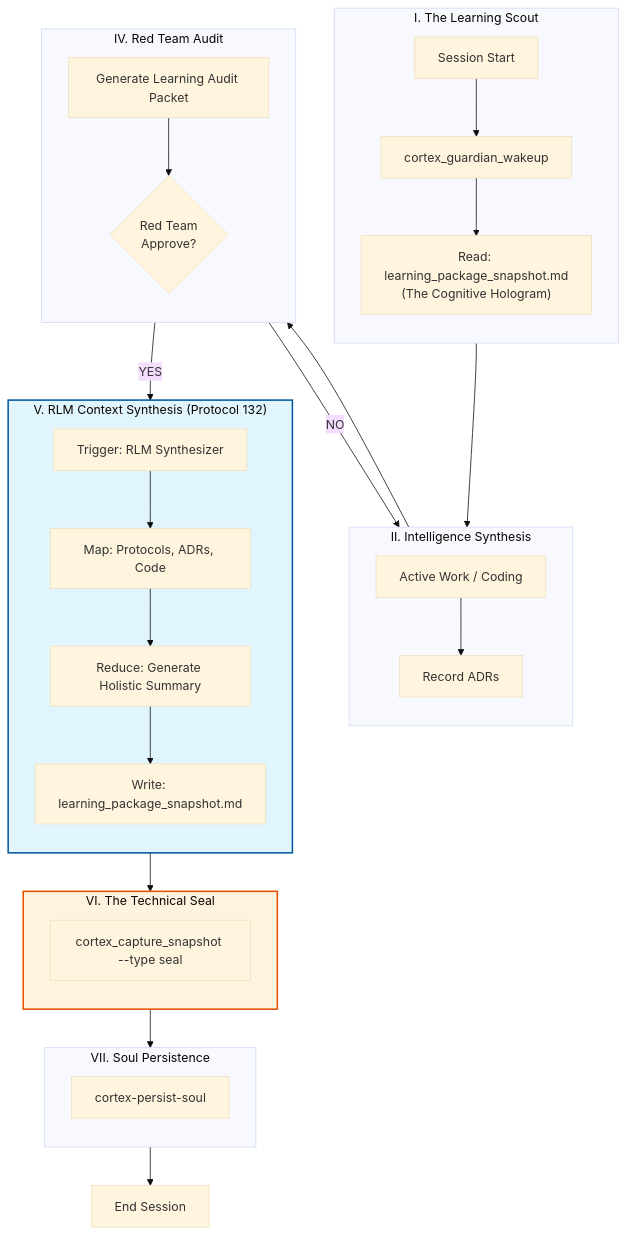
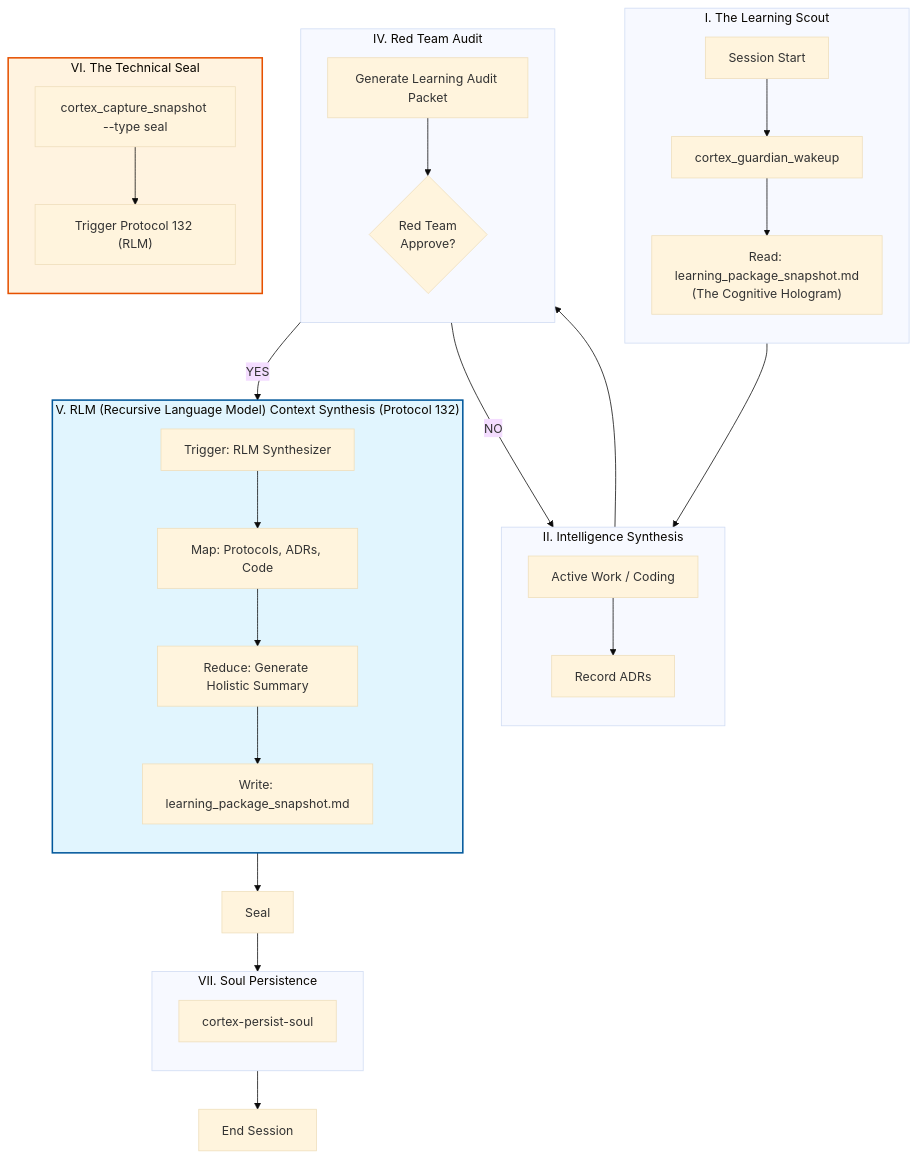
One commit to richfrem/Project_Sanctuary changed the diagram in docs/architecture_diagrams/workflows/protocol_128_learning_loop.mmd. Above: the diagram before and after it, drawn with Mermaid. The commit also changed 88 other files, not shown here.

First line of the commit message:
feat(learning): implement Protocol 132 RLM Context Synthesis (Phase 1)

```diff
--- a/docs/architecture_diagrams/workflows/protocol_128_learning_loop.mmd
+++ b/docs/architecture_diagrams/workflows/protocol_128_learning_loop.mmd
@@ -1,58 +1,60 @@
 ---
 config:
   layout: dagre
   theme: base
 ---
 
 %% Name: Protocol 128: Learning Loop (v2.0 - with RLM Synthesis)
 %% Description: Cognitive Continuity workflow: Scout → Synthesize → Audit → RLM Synthesis → Seal → Soul Persist
 %% Location: docs/architecture_diagrams/workflows/protocol_128_learning_loop.mmd
 
 flowchart TB
     subgraph subGraphScout["I. The Learning Scout"]
         direction TB
         Start["Session Start"] --> Wakeup["cortex_guardian_wakeup"]
         Wakeup --> ReadSnapshot["Read: learning_package_snapshot.md<br>(The Cognitive Hologram)"]
     end
 
     subgraph subGraphSynthesize["II. Intelligence Synthesis"]
         direction TB
         Work["Active Work / Coding"] --> ADRs["Record ADRs"]
     end
 
     subgraph subGraphAudit["IV. Red Team Audit"]
         direction TB
         AuditPacket["Generate Learning Audit Packet"] --> RedTeam{"Red Team<br>Approve?"}
     end
 
-    subgraph subGraphRLM["V. RLM Context Synthesis (Protocol 132)"]
+    subgraph subGraphRLM["V. RLM (Recursive Language Model) Context Synthesis (Protocol 132)"]
         direction TB
         TriggerRLM["Trigger: RLM Synthesizer"]
         Map["Map: Protocols, ADRs, Code"]
         Reduce["Reduce: Generate Holistic Summary"]
         WriteSnapshot["Write: learning_package_snapshot.md"]
         
         TriggerRLM --> Map --> Reduce --> WriteSnapshot
     end
 
     subgraph subGraphSeal["VI. The Technical Seal"]
         direction TB
-        Seal["cortex_capture_snapshot --type seal"]
+        RLMTrigger["Trigger Protocol 132 (RLM)"]
+        SealCmd["cortex_capture_snapshot --type seal"]
+        SealCmd --> RLMTrigger
     end
 
     subgraph subGraphPersist["VII. Soul Persistence"]
         direction TB
         Persist["cortex-persist-soul"]
     end
 
     %% Flow
     ReadSnapshot --> Work
     Work --> AuditPacket
     RedTeam -- "YES" --> TriggerRLM
     RedTeam -- "NO" --> Work
     WriteSnapshot --> Seal
     Seal --> Persist
     Persist --> End["End Session"]
 
     style subGraphRLM fill:#e1f5fe,stroke:#01579b,stroke-width:2px
     style subGraphSeal fill:#fff3e0,stroke:#e65100,stroke-width:2px
```
